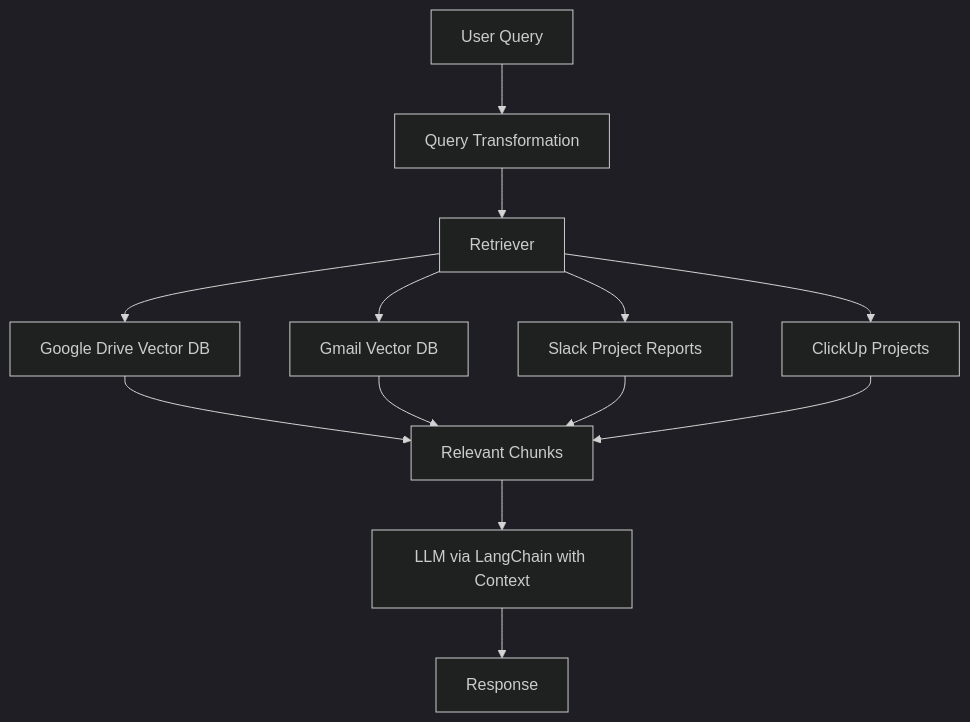
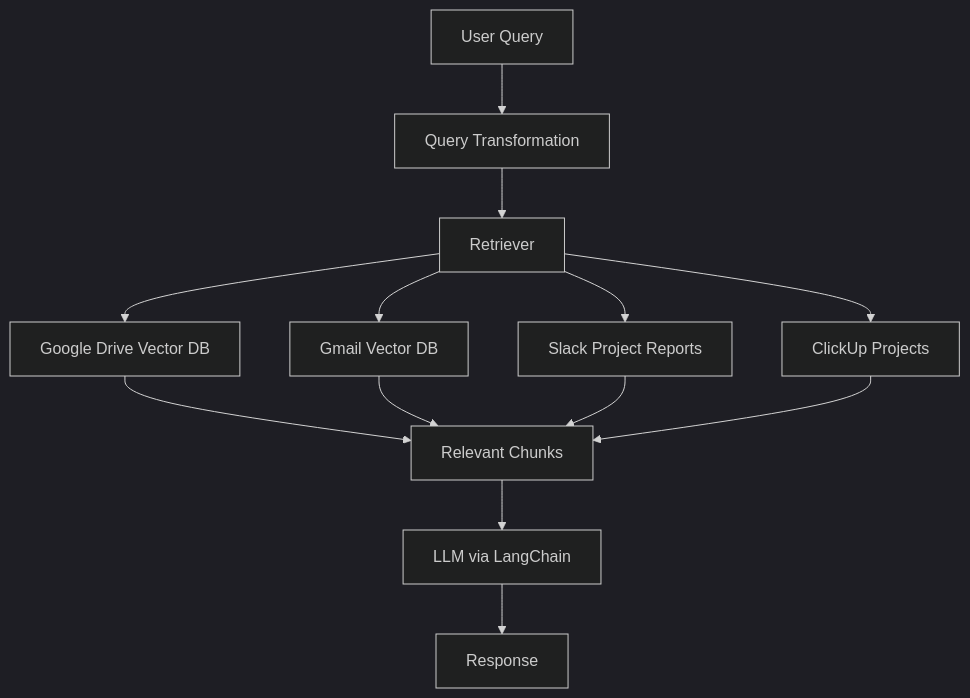
The diagram in README.md (Zohaib-Sathio/Marketlytics-OneQuery), drawn with Mermaid (dark theme) before and after one commit. The commit also changed other lines of this file, not shown here.

Commit message:
features updated in readme

````diff
--- a/README.md
+++ b/README.md
@@ -24,15 +26,15 @@
 ```mermaid
 flowchart TD
     A[User Query] --> A1[Query Transformation]
     A1 --> B[Retriever]
     B --> C1[Google Drive Vector DB]
     B --> C2[Gmail Vector DB]
     B --> C3[Slack Project Reports]
     B --> C4[ClickUp Projects]
     C1 --> D[Relevant Chunks]
     C2 --> D
     C3 --> D
     C4 --> D
-    D --> E[LLM via LangChain with Context]
+    D --> E[LLM via LangChain]
     E --> F[Response]
 ```
````
